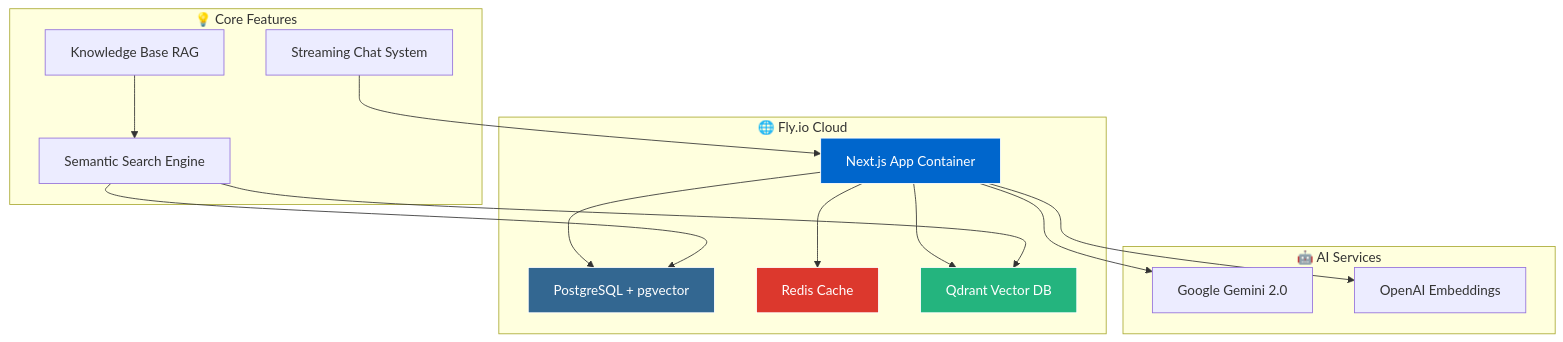
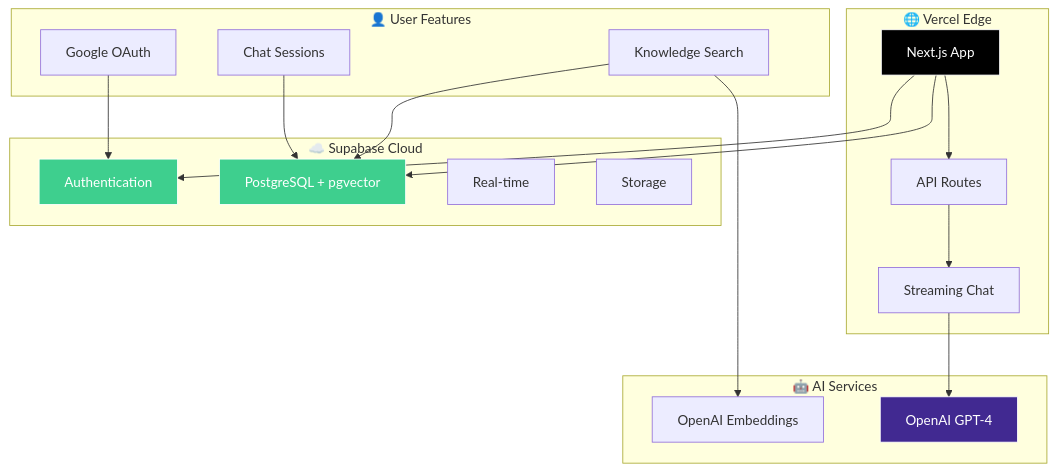
The diagram in README.md (cartesianpixels/airassist), drawn with Mermaid before and after one commit. The commit also changed other lines of this file and 49 other files, not shown here.

First line of the commit message:
Complete migration to Supabase + OpenAI architecture

````diff
--- a/README.md
+++ b/README.md
@@ -77,35 +87,41 @@
 ```mermaid
 graph TB
-    subgraph "🌐 Fly.io Cloud"
-        A[Next.js App Container]
-        B[PostgreSQL + pgvector]
-        C[Redis Cache]
-        D[Qdrant Vector DB]
+    subgraph "🌐 Vercel Edge"
+        A[Next.js App]
+        B[API Routes]
+        C[Streaming Chat]
     end
-    
+
+    subgraph "☁️ Supabase Cloud"
+        D[PostgreSQL + pgvector]
+        E[Authentication]
+        F[Real-time]
+        G[Storage]
+    end
+
     subgraph "🤖 AI Services"
-        E[Google Gemini 2.0]
-        F[OpenAI Embeddings]
+        H[OpenAI GPT-4]
+        I[OpenAI Embeddings]
     end
-    
-    subgraph "💡 Core Features"
-        G[Semantic Search Engine]
-        H[Streaming Chat System]
-        I[Knowledge Base RAG]
+
+    subgraph "👤 User Features"
+        J[Google OAuth]
+        K[Chat Sessions]
+        L[Knowledge Search]
     end
-    
+
     A --> B
-    A --> C
+    B --> C
     A --> D
     A --> E
-    A --> F
-    G --> B
-    G --> D
-    H --> A
-    I --> G
-    
-    style A fill:#0066cc,stroke:#ffffff,color:#ffffff
-    style B fill:#336791,stroke:#ffffff,color:#ffffff
-    style C fill:#dc382d,stroke:#ffffff,color:#ffffff
-    style D fill:#24b47e,stroke:#ffffff,color:#ffffff
+    C --> H
+    L --> I
+    J --> E
+    K --> D
+    L --> D
+
+    style A fill:#000000,stroke:#ffffff,color:#ffffff
+    style D fill:#3ECF8E,stroke:#ffffff,color:#ffffff
+    style H fill:#412991,stroke:#ffffff,color:#ffffff
+    style E fill:#3ECF8E,stroke:#ffffff,color:#ffffff
 ```
````
